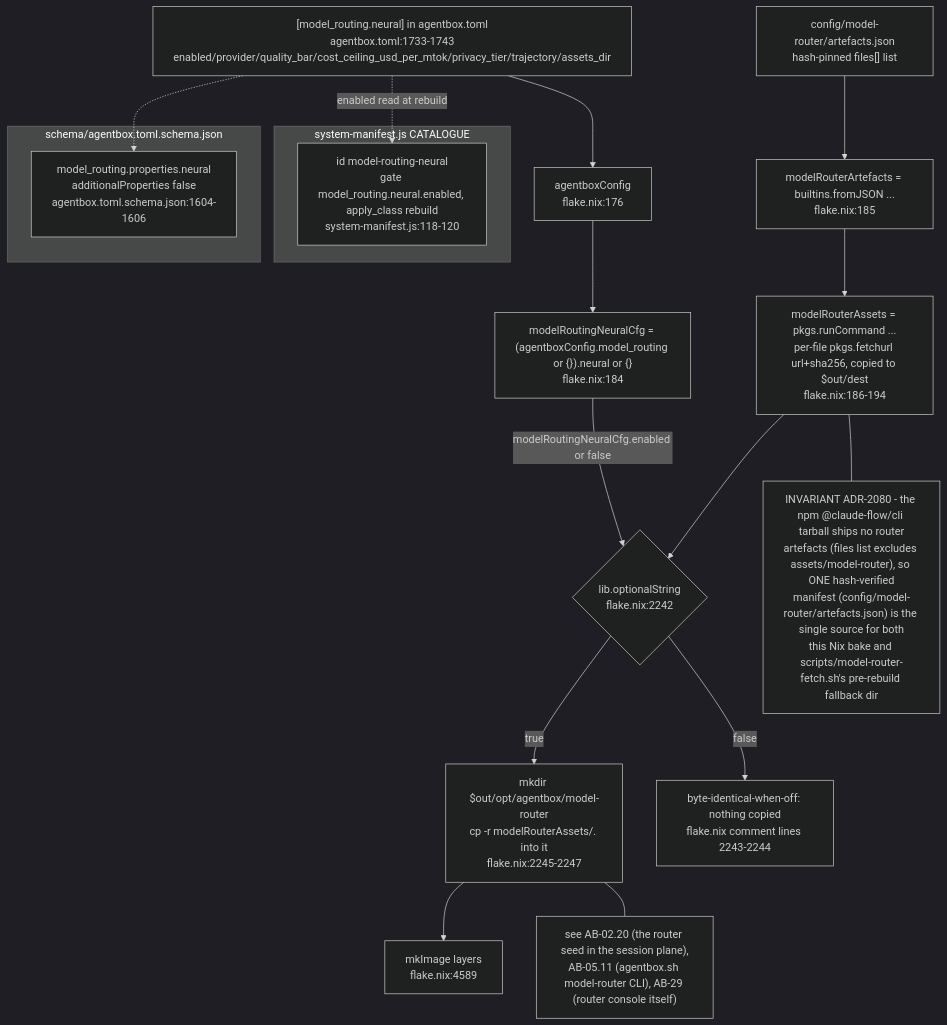
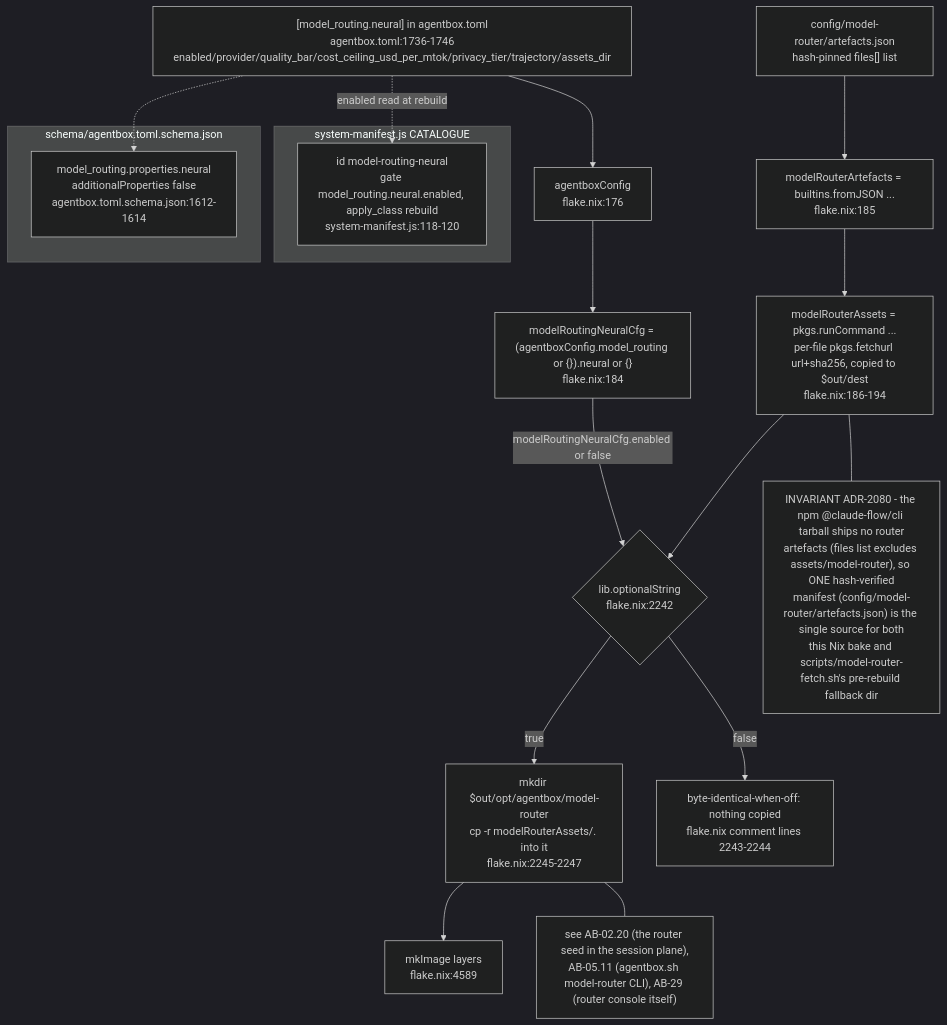
One commit to DreamLab-AI/VisionFlow changed the tenth of 10 diagrams in docs/diagrams/agentbox/01-nix-flake-composition.md. Above: the diagram before and after it, drawn with Mermaid (dark theme). The commit also changed other lines of this file and 142 other files, not shown here.

First line of the commit message:
docs(diagrams): one System One route; re-verify 140 topics at today's heads

````diff
--- a/docs/diagrams/agentbox/01-nix-flake-composition.md
+++ b/docs/diagrams/agentbox/01-nix-flake-composition.md
@@ -473,29 +473,29 @@
 ```mermaid
 flowchart TB
-    TOML2["[model_routing.neural] in agentbox.toml<br/>agentbox.toml:1733-1743<br/>enabled/provider/quality_bar/cost_ceiling_usd_per_mtok/privacy_tier/trajectory/assets_dir"] --> CFG2["agentboxConfig<br/>flake.nix:176"]
+    TOML2["[model_routing.neural] in agentbox.toml<br/>agentbox.toml:1736-1746<br/>enabled/provider/quality_bar/cost_ceiling_usd_per_mtok/privacy_tier/trajectory/assets_dir"] --> CFG2["agentboxConfig<br/>flake.nix:176"]
     CFG2 --> MRNCFG["modelRoutingNeuralCfg = (agentboxConfig.model_routing or {}).neural or {}<br/>flake.nix:184"]
     ARTJSON["config/model-router/artefacts.json<br/>hash-pinned files[] list"] --> MRNFETCH["modelRouterArtefacts = builtins.fromJSON ...<br/>flake.nix:185"]
     MRNFETCH --> MRNASSETS["modelRouterAssets = pkgs.runCommand ...<br/>per-file pkgs.fetchurl url+sha256, copied to $out/dest<br/>flake.nix:186-194"]
 
     MRNCFG -->|"modelRoutingNeuralCfg.enabled or false"| GATE{"lib.optionalString<br/>flake.nix:2242"}
     MRNASSETS --> GATE
     GATE -->|true| BAKE["mkdir $out/opt/agentbox/model-router<br/>cp -r modelRouterAssets/. into it<br/>flake.nix:2245-2247"]
     GATE -->|false| SKIP["byte-identical-when-off: nothing copied<br/>flake.nix comment lines 2243-2244"]
     BAKE --> ALLPKG2["mkImage layers<br/>flake.nix:4589"]
 
     subgraph MANIFEST2["system-manifest.js CATALOGUE"]
         MRNENTRY["id model-routing-neural<br/>gate model_routing.neural.enabled, apply_class rebuild<br/>system-manifest.js:118-120"]
     end
     TOML2 -.->|"enabled read at rebuild"| MRNENTRY
 
     subgraph SCHEMA2["schema/agentbox.toml.schema.json"]
-        NEURALSCHEMA["model_routing.properties.neural<br/>additionalProperties false<br/>agentbox.toml.schema.json:1604-1606"]
+        NEURALSCHEMA["model_routing.properties.neural<br/>additionalProperties false<br/>agentbox.toml.schema.json:1612-1614"]
     end
     TOML2 -.-> NEURALSCHEMA
 
     NOTE1["INVARIANT ADR-2080 - the npm @claude-flow/cli tarball ships no router<br/>artefacts (files list excludes assets/model-router), so ONE hash-verified<br/>manifest (config/model-router/artefacts.json) is the single source for both<br/>this Nix bake and scripts/model-router-fetch.sh's pre-rebuild fallback dir"]
     MRNASSETS --- NOTE1
 
     NOTE2["see AB-02.20 (the router seed in the session plane),<br/>AB-05.11 (agentbox.sh model-router CLI), AB-29 (router console itself)"]
     BAKE --- NOTE2
 ```
````
